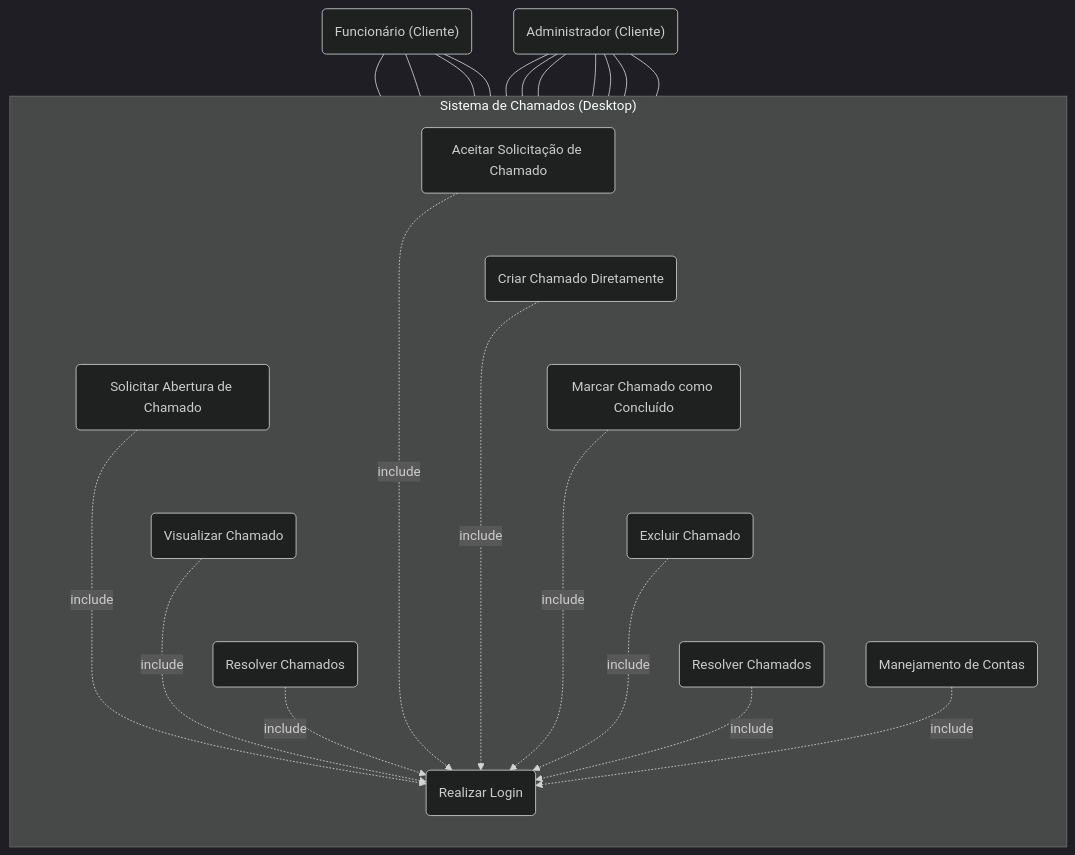
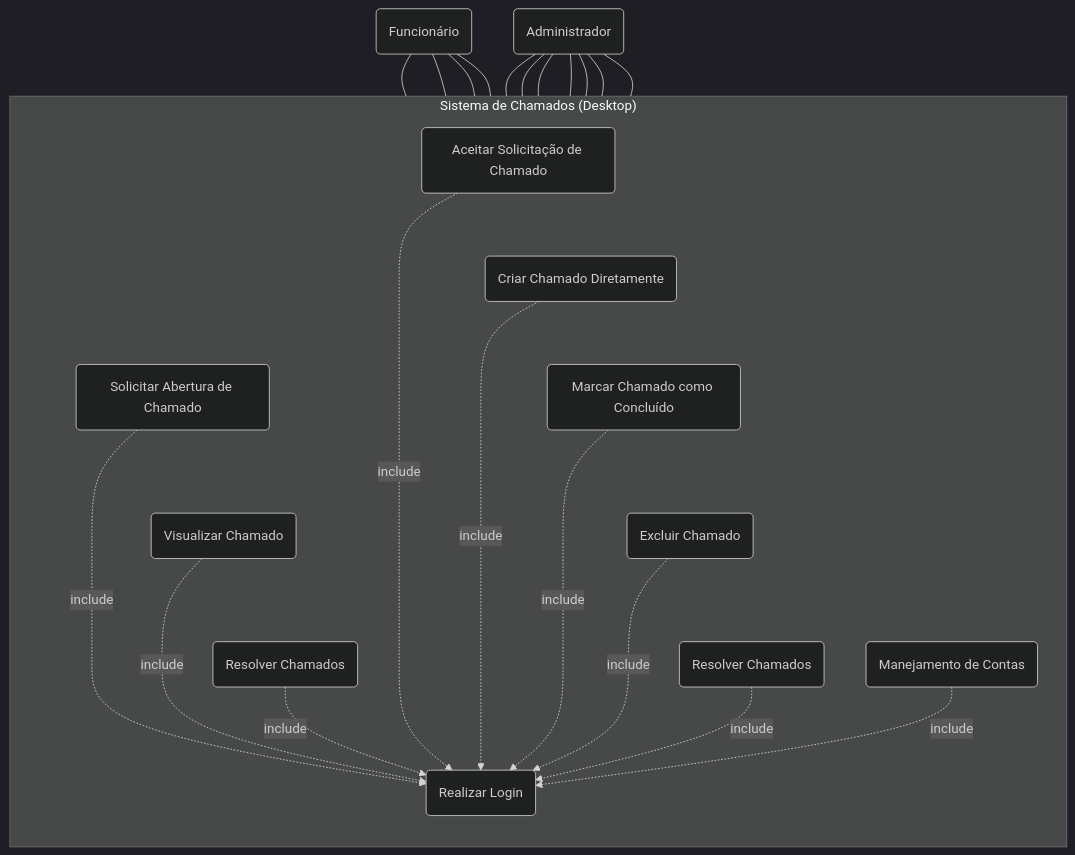
Before and after one commit to CordeiroGente/Backroom: the second of 3 diagrams in Documentação/Diagramas/Casos De Uso.md, drawn with Mermaid (dark theme). The commit also changed other lines of this file, not shown here.

Commit message:
Refactor actor names in use case diagrams
Updated actor names in use case diagrams for consistency.

````diff
--- a/Documentação/Diagramas/Casos De Uso.md
+++ b/Documentação/Diagramas/Casos De Uso.md
@@ -61,62 +61,62 @@
 ```mermaid
 graph TD
     %% Atores
-    Funcionario("Funcionário (Cliente)")
-    Administrador("Administrador (Cliente)")
+    Funcionario("Funcionário")
+    Administrador("Administrador")
 
     %% Sistema e Casos de Uso
     subgraph "Sistema de Chamados (Desktop)"
         direction TB
         
         %% UCs Gerais
         UC_Login("Realizar Login")
 
         %% UCs do Funcionário
         UC_F1("Solicitar Abertura de Chamado")
         UC_F2("Visualizar Chamado")
         UC_F3("Resolver Chamados")
         
         %% UCs do Administrador
         UC_A1("Aceitar Solicitação de Chamado")
         UC_A2("Criar Chamado Diretamente")
         UC_A3("Marcar Chamado como Concluído")
         UC_A4("Excluir Chamado")
         UC_A5("Resolver Chamados")
         UC_A6("Manejamento de Contas")
 
         %% Links Invisíveis para forçar a verticalização
         UC_F1 ~~~ UC_F2
         UC_F2 ~~~ UC_F3
         
         UC_A1 ~~~ UC_A2
         UC_A2 ~~~ UC_A3
         UC_A3 ~~~ UC_A4
         UC_A4 ~~~ UC_A5
     end
 
     %% Relacionamentos Atores -> Casos de Uso
     Funcionario --- UC_Login
     Funcionario --- UC_F1
     Funcionario --- UC_F2
     Funcionario --- UC_F3
     
     Administrador --- UC_Login
     Administrador --- UC_A1
     Administrador --- UC_A2
     Administrador --- UC_A3
     Administrador --- UC_A4
     Administrador --- UC_A5
     Administrador --- UC_A6
     
     %% Relações |include| (de UCs para Login)
     UC_F1 -.->|include| UC_Login
     UC_F2 -.->|include| UC_Login
     UC_F3 -.->|include| UC_Login
     UC_A1 -.->|include| UC_Login
     UC_A2 -.->|include| UC_Login
     UC_A3 -.->|include| UC_Login
     UC_A4 -.->|include| UC_Login
     UC_A5 -.->|include| UC_Login
     UC_A6 -.->|include| UC_Login
 
 ```
````
